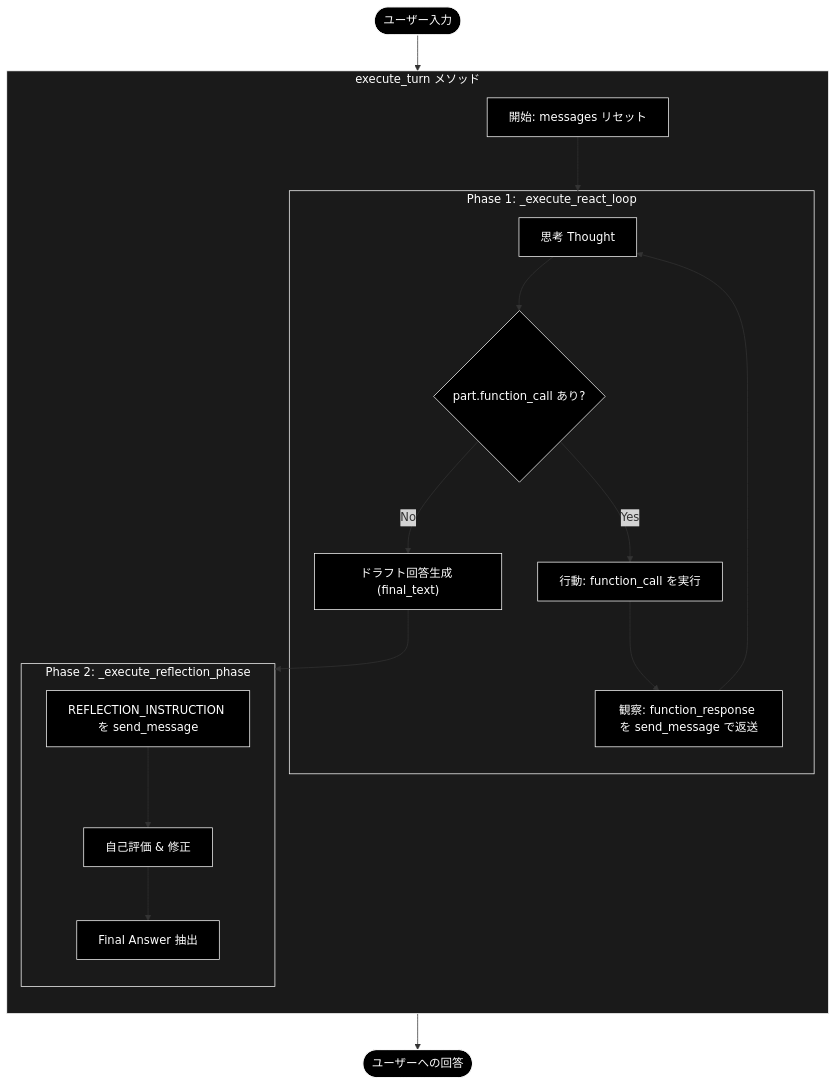
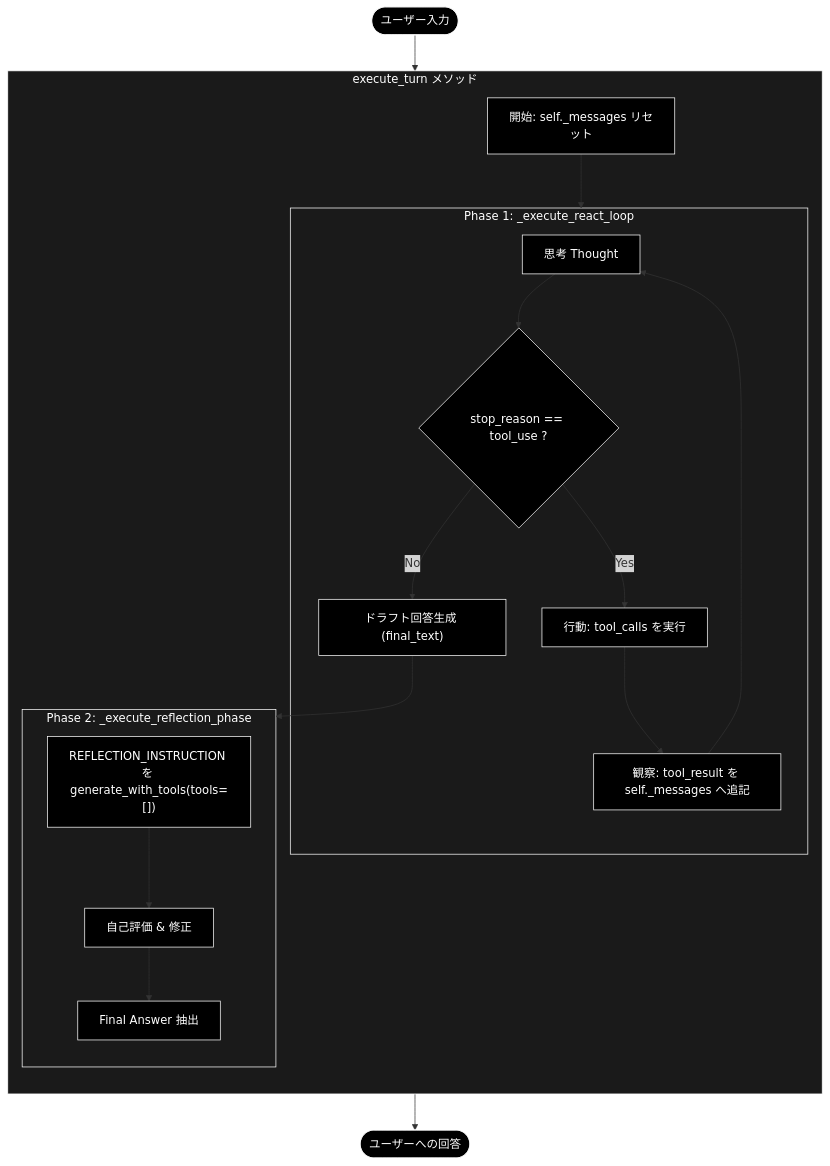
One commit to nakashima2toshio/anthropic_grace_agent_v2 changed the seventh of 10 diagrams in readme_react_reflection.md. Above: the diagram before and after it, drawn with Mermaid. The commit also changed other lines of this file, not shown here.

First line of the commit message:
docs: readme_react_reflection.md を Anthropic ネイティブに全面改修

````diff
--- a/readme_react_reflection.md
+++ b/readme_react_reflection.md
@@ -731,30 +730,30 @@
 ```mermaid
 flowchart TD
     User(["ユーザー入力"]) --> Start
     subgraph Agent_Process ["execute_turn メソッド"]
         direction TB
-        Start["開始: messages リセット"] --> ReAct_Phase
+        Start["開始: self._messages リセット"] --> ReAct_Phase
 
         subgraph ReAct_Phase ["Phase 1: _execute_react_loop"]
-            Think["思考 Thought"] --> Decide{"part.function_call あり?"}
-            Decide -- Yes --> Action["行動: function_call を実行"]
-            Action --> Observe["観察: function_response を send_message で返送"]
+            Think["思考 Thought"] --> Decide{"stop_reason == tool_use ?"}
+            Decide -- Yes --> Action["行動: tool_calls を実行"]
+            Action --> Observe["観察: tool_result を self._messages へ追記"]
             Observe --> Think
             Decide -- No --> Draft["ドラフト回答生成 (final_text)"]
         end
 
         Draft --> Reflection_Phase
 
         subgraph Reflection_Phase ["Phase 2: _execute_reflection_phase"]
-            Review["REFLECTION_INSTRUCTION を send_message"] --> Critique["自己評価 & 修正"]
+            Review["REFLECTION_INSTRUCTION を generate_with_tools(tools=[])"] --> Critique["自己評価 & 修正"]
             Critique --> Finalize["Final Answer 抽出"]
         end
     end
     Finalize --> Output(["ユーザーへの回答"])
 classDef default fill:#000,stroke:#fff,color:#fff
 classDef subgraphStyle fill:#1a1a1a,stroke:#fff,color:#fff
 class User,Start,Think,Decide,Action,Observe,Draft,Review,Critique,Finalize,Output default
 style Agent_Process fill:#1a1a1a,stroke:#fff,color:#fff
 style ReAct_Phase fill:#1a1a1a,stroke:#fff,color:#fff
 style Reflection_Phase fill:#1a1a1a,stroke:#fff,color:#fff
 ```
````
